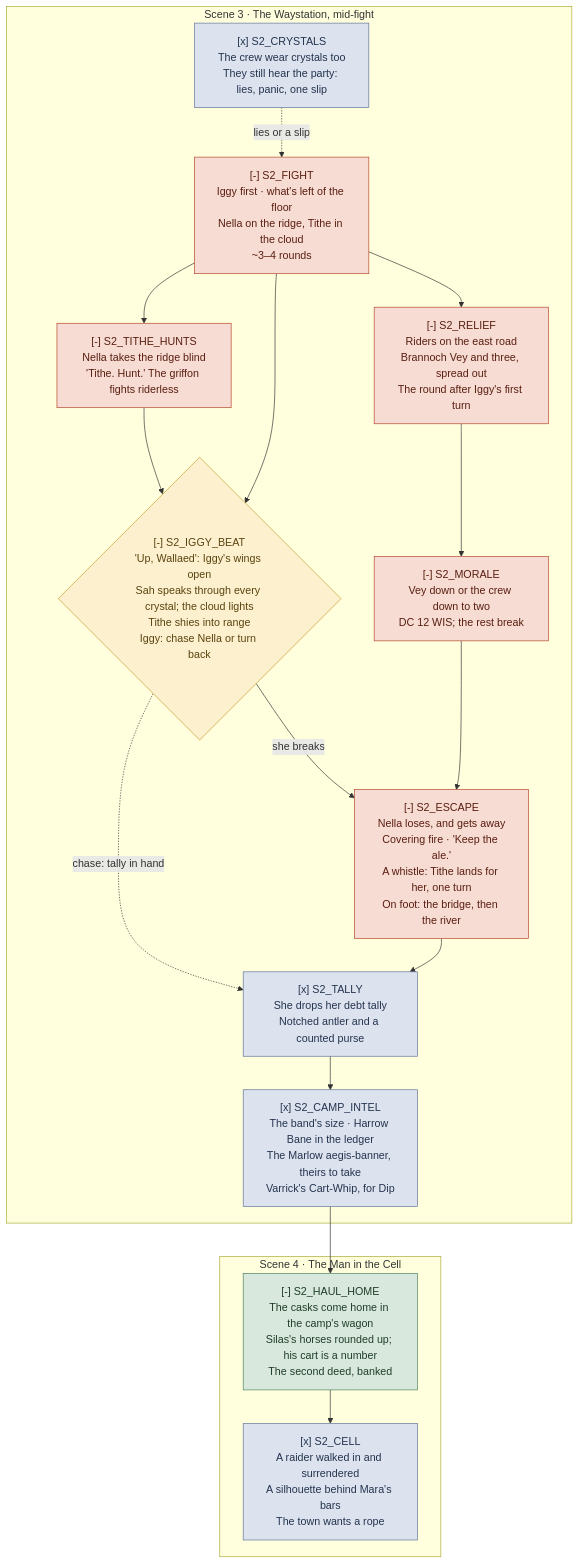
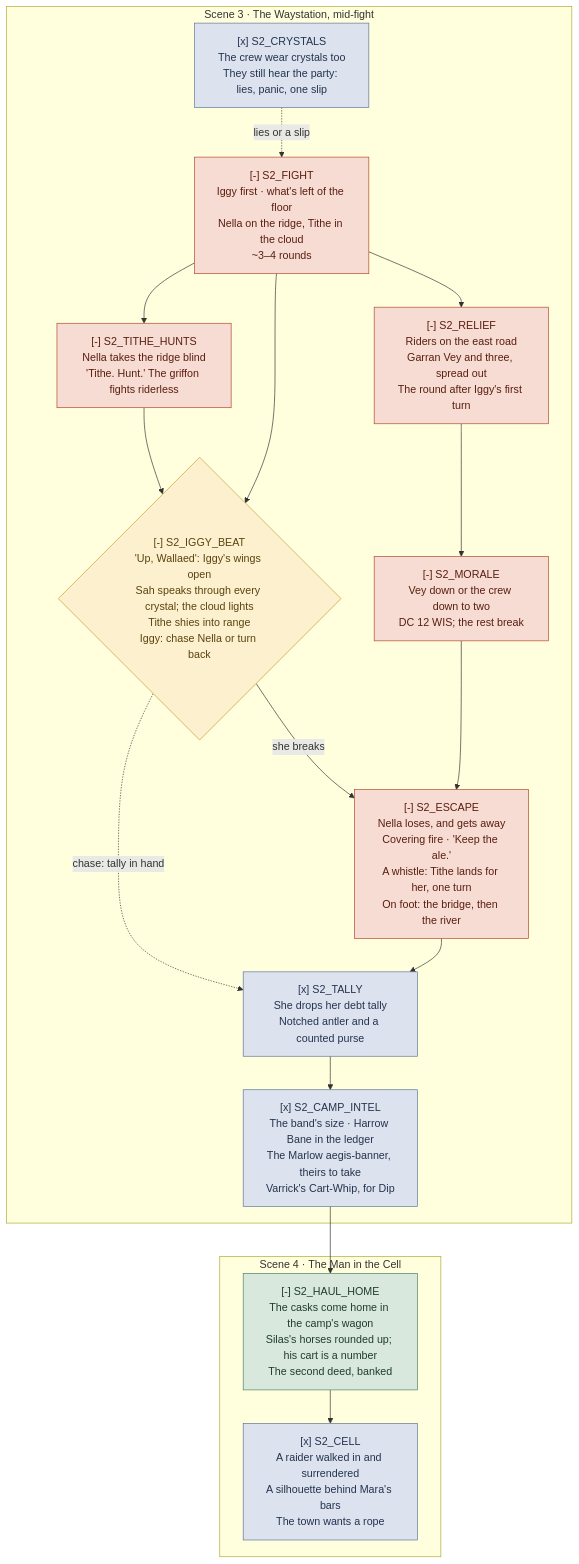
The diagram in scheduler/sessions/Session 34 The Red Trail/_flow.md (JGarnerDev/claude-dnd-engine), drawn with Mermaid before and after one commit. The commit also changed 2 other files, not shown here.

Commit message:
content(session-34): review pass, Garran Vey, new-canon list
Renames the relief captain (Brannoch collided with Dip's Brannoc Hale),
adds the riders' introduction, makes Odibli's Citadel cold a Private
block, moves the horse round-up DC to Scene 4, fixes Vey's armour in the
read-aloud, reframes Iggy's choice on his PC arc, and lists the new
canon for /recap.

````diff
--- a/scheduler/sessions/Session 34 The Red Trail/_flow.md
+++ b/scheduler/sessions/Session 34 The Red Trail/_flow.md
@@ -30,45 +30,45 @@
 ```mermaid
 flowchart TD
   subgraph SC3["Scene 3 · The Waystation, mid-fight"]
     S2_CRYSTALS["[x] S2_CRYSTALS<br/>The crew wear crystals too<br/>They still hear the party: lies, panic, one slip"]
     S2_FIGHT["[-] S2_FIGHT<br/>Iggy first · what's left of the floor<br/>Nella on the ridge, Tithe in the cloud<br/>~3–4 rounds"]
     S2_TITHE_HUNTS["[-] S2_TITHE_HUNTS<br/>Nella takes the ridge blind<br/>'Tithe. Hunt.' The griffon fights riderless"]
-    S2_RELIEF["[-] S2_RELIEF<br/>Riders on the east road<br/>Brannoch Vey and three, spread out<br/>The round after Iggy's first turn"]
+    S2_RELIEF["[-] S2_RELIEF<br/>Riders on the east road<br/>Garran Vey and three, spread out<br/>The round after Iggy's first turn"]
     S2_IGGY_BEAT{"[-] S2_IGGY_BEAT<br/>'Up, Wallaed': Iggy's wings open<br/>Sah speaks through every crystal; the cloud lights<br/>Tithe shies into range<br/>Iggy: chase Nella or turn back"}
     S2_MORALE["[-] S2_MORALE<br/>Vey down or the crew down to two<br/>DC 12 WIS; the rest break"]
     S2_ESCAPE["[-] S2_ESCAPE<br/>Nella loses, and gets away<br/>Covering fire · 'Keep the ale.'<br/>A whistle: Tithe lands for her, one turn<br/>On foot: the bridge, then the river"]
     S2_TALLY["[x] S2_TALLY<br/>She drops her debt tally<br/>Notched antler and a counted purse"]
     S2_CAMP_INTEL["[x] S2_CAMP_INTEL<br/>The band's size · Harrow Bane in the ledger<br/>The Marlow aegis-banner, theirs to take<br/>Varrick's Cart-Whip, for Dip"]
     S2_FIGHT --> S2_TITHE_HUNTS
     S2_FIGHT --> S2_RELIEF
     S2_CRYSTALS -.->|"lies or a slip"| S2_FIGHT
     S2_TITHE_HUNTS --> S2_IGGY_BEAT
     S2_RELIEF --> S2_MORALE
     S2_FIGHT --> S2_IGGY_BEAT
     S2_IGGY_BEAT -->|"she breaks"| S2_ESCAPE
     S2_IGGY_BEAT -.->|"chase: tally in hand"| S2_TALLY
     S2_MORALE --> S2_ESCAPE --> S2_TALLY
     S2_TALLY --> S2_CAMP_INTEL
   end
 
   subgraph SC4["Scene 4 · The Man in the Cell"]
     S2_HAUL_HOME["[-] S2_HAUL_HOME<br/>The casks come home in the camp's wagon<br/>Silas's horses rounded up; his cart is a number<br/>The second deed, banked"]
     S2_CELL["[x] S2_CELL<br/>A raider walked in and surrendered<br/>A silhouette behind Mara's bars<br/>The town wants a rope"]
     S2_HAUL_HOME --> S2_CELL
   end
 
   S2_CAMP_INTEL --> S2_HAUL_HOME
 
   classDef combat fill:#F6DCD3,stroke:#B4452A,color:#5A1E10
   classDef social fill:#E6E3D5,stroke:#8C8463,color:#3D3A28
   classDef decision fill:#FDF0CE,stroke:#C79A2B,color:#5A4410
   classDef stake fill:#D9E8DC,stroke:#4F8060,color:#1F3D2A
   classDef seed fill:#DCE3EF,stroke:#5E7296,color:#24334D
   classDef open fill:#EDEAE6,stroke:#9A948C,color:#4A453F,stroke-dasharray:4 3
   classDef fail fill:#EFE2E2,stroke:#A3736E,color:#4A2C29,stroke-dasharray:4 3
 
   class S2_FIGHT,S2_TITHE_HUNTS,S2_RELIEF,S2_MORALE,S2_ESCAPE combat
   class S2_IGGY_BEAT decision
   class S2_HAUL_HOME stake
   class S2_CRYSTALS,S2_TALLY,S2_CAMP_INTEL,S2_CELL seed
 ```
````
